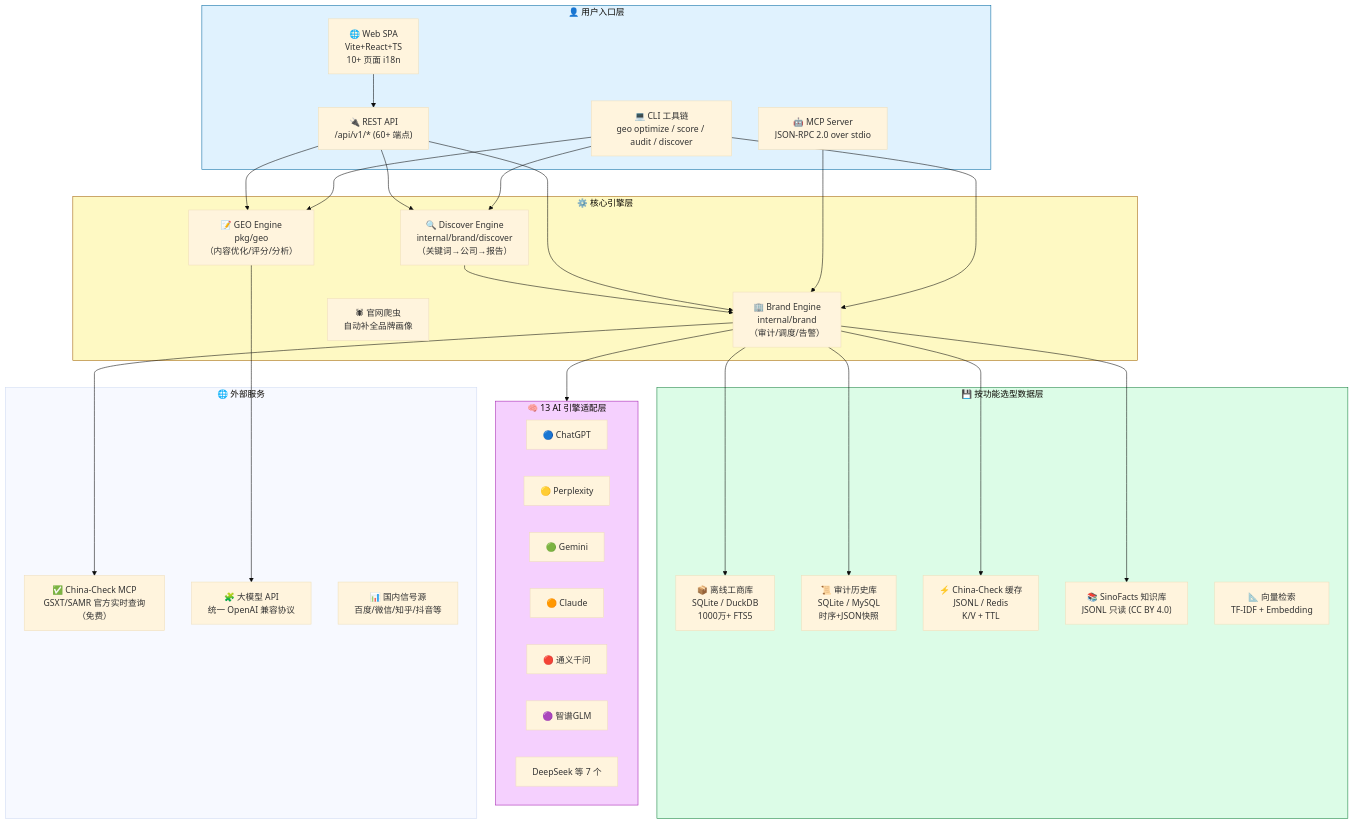
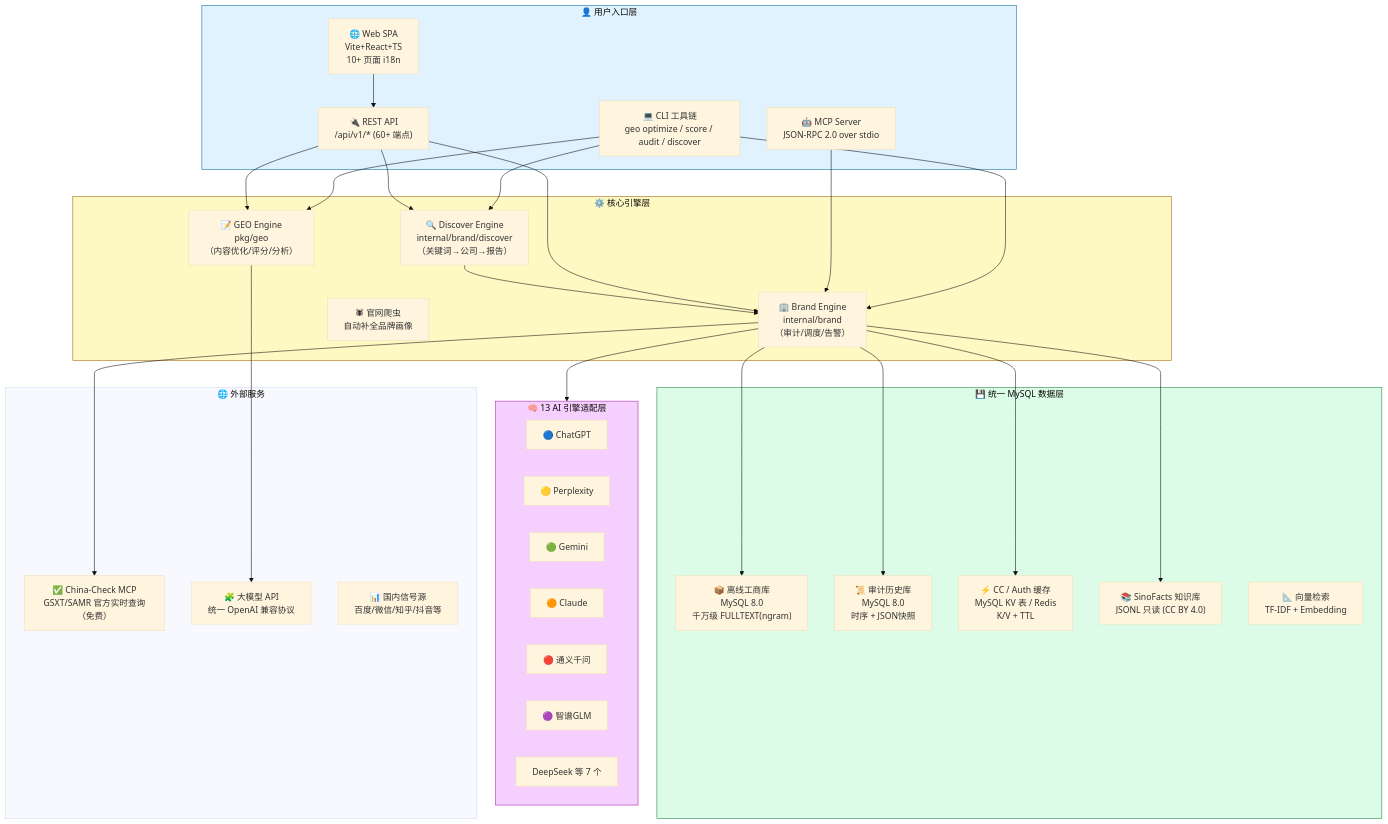
One commit to deep2code/geo changed the second of 31 diagrams in docs/architecture.md. Above: the diagram before and after it, drawn with Mermaid (base theme). The commit also changed other lines of this file and 26 other files, not shown here.

First line of the commit message:
refactor!: 移除 SQLite/JSONL/DuckDB，所有数据层统一使用 MySQL 8.0

````diff
--- a/docs/architecture.md
+++ b/docs/architecture.md
@@ -53,56 +53,56 @@
 ```mermaid
 graph TB
     subgraph 用户入口["👤 用户入口层"]
         CLI["💻 CLI 工具链<br/>geo optimize / score / audit / discover"]
         WEB["🌐 Web SPA<br/>Vite+React+TS<br/>10+ 页面 i18n"]
         API["🔌 REST API<br/>/api/v1/* (60+ 端点)"]
         MCP["🤖 MCP Server<br/>JSON-RPC 2.0 over stdio"]
     end
 
     subgraph 核心引擎["⚙️ 核心引擎层"]
         GEO["📝 GEO Engine<br/>pkg/geo<br/>（内容优化/评分/分析）"]
         BRAND["🏢 Brand Engine<br/>internal/brand<br/>（审计/调度/告警）"]
         DISCOVER["🔍 Discover Engine<br/>internal/brand/discover<br/>（关键词→公司→报告）"]
         CRAW["🕷 官网爬虫<br/>自动补全品牌画像"]
     end
 
     subgraph AI引擎适配["🧠 13 AI 引擎适配层"]
         GPT["🔵 ChatGPT"]
         PPX["🟡 Perplexity"]
         GEM["🟢 Gemini"]
         CLD["🟠 Claude"]
         QWN["🔴 通义千问"]
         GLM["🟣 智谱GLM"]
         DSP["DeepSeek 等 7 个"]
     end
 
-    subgraph 数据存储["💾 按功能选型数据层"]
-        OFFDB["📦 离线工商库<br/>SQLite / DuckDB<br/>1000万+ FTS5"]
-        HISDB["📜 审计历史库<br/>SQLite / MySQL<br/>时序+JSON快照"]
-        CACHE["⚡ China-Check 缓存<br/>JSONL / Redis<br/>K/V + TTL"]
+    subgraph 数据存储["💾 统一 MySQL 数据层"]
+        OFFDB["📦 离线工商库<br/>MySQL 8.0<br/>千万级 FULLTEXT(ngram)"]
+        HISDB["📜 审计历史库<br/>MySQL 8.0<br/>时序 + JSON快照"]
+        CACHE["⚡ CC / Auth 缓存<br/>MySQL KV 表 / Redis<br/>K/V + TTL"]
         KB["📚 SinoFacts 知识库<br/>JSONL 只读 (CC BY 4.0)"]
         VEC["📐 向量检索<br/>TF-IDF + Embedding"]
     end
 
     subgraph 外部服务["🌐 外部服务"]
         CC["✅ China-Check MCP<br/>GSXT/SAMR 官方实时查询（免费）"]
         LLM["🧩 大模型 API<br/>统一 OpenAI 兼容协议"]
         DOM["📊 国内信号源<br/>百度/微信/知乎/抖音等"]
     end
 
     CLI --> GEO & BRAND & DISCOVER
     WEB --> API
     MCP --> BRAND
     API --> GEO & BRAND & DISCOVER
 
     GEO --> LLM
     DISCOVER --> BRAND
     BRAND --> AI引擎适配
     BRAND --> OFFDB & HISDB & CACHE & KB
     BRAND --> CC
 
     style 用户入口 fill:#e0f2fe,stroke:#0369a1
     style 核心引擎 fill:#fef9c3,stroke:#a16207
     style 数据存储 fill:#dcfce7,stroke:#15803d
     style AI引擎适配 fill:#f5d0fe,stroke:#a21caf
 ```
````
